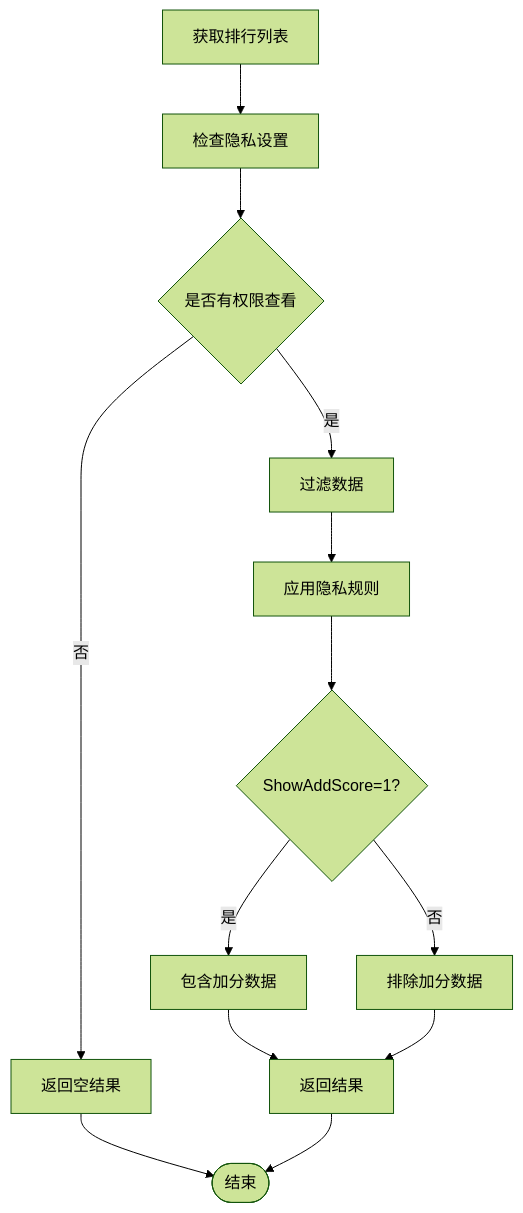
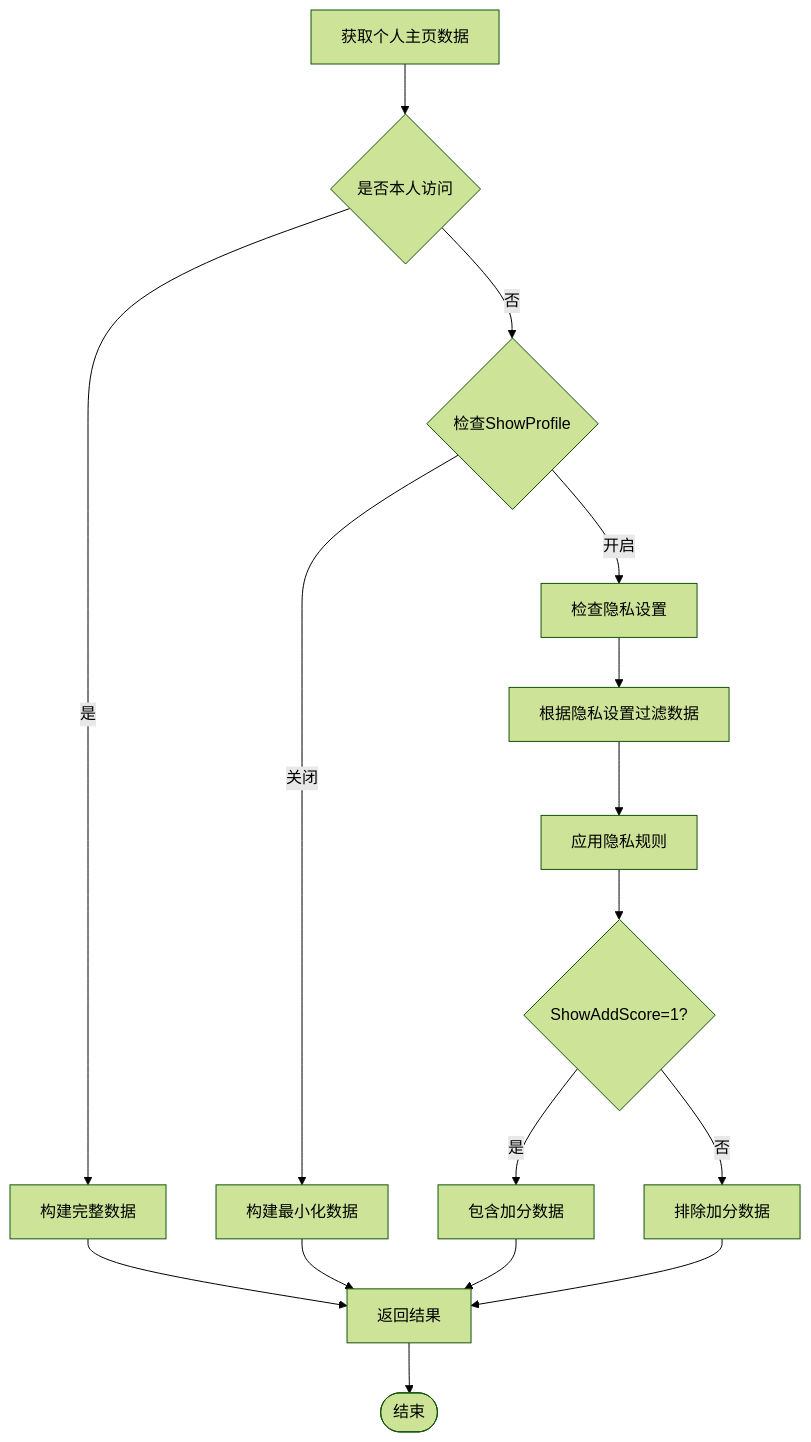
Before and after one commit to TinyMaD/SpeedRunnersLab: the eighth of 14 diagrams in .qoder/repowiki/zh/content/后端 API 服务/用户管理模块/隐私设置管理.md, drawn with Mermaid (forest theme). The commit also changed other lines of this file and 29 other files, not shown here.

````diff
--- a/.qoder/repowiki/zh/content/后端 API 服务/用户管理模块/隐私设置管理.md
+++ b/.qoder/repowiki/zh/content/后端 API 服务/用户管理模块/隐私设置管理.md
@@ -301,15 +364,18 @@
 ```mermaid
 flowchart TD
-GetRankList[获取排行列表] --> CheckPrivacy[检查隐私设置]
-CheckPrivacy --> HasPermission{是否有权限查看}
-HasPermission --> |是| FilterData[过滤数据]
-HasPermission --> |否| ReturnEmpty[返回空结果]
+GetProfileData[获取个人主页数据] --> CheckOwnership{是否本人访问}
+CheckOwnership --> |是| BuildFullProfile[构建完整数据]
+CheckOwnership --> |否| CheckShowProfile{检查ShowProfile}
+CheckShowProfile --> |关闭| BuildMinimalProfile[构建最小化数据]
+CheckShowProfile --> |开启| CheckPrivacySettings[检查隐私设置]
+CheckPrivacySettings --> FilterData[根据隐私设置过滤数据]
 FilterData --> ApplyPrivacyRules[应用隐私规则]
 ApplyPrivacyRules --> ShowAddScore{ShowAddScore=1?}
 ShowAddScore --> |是| IncludeAddScore[包含加分数据]
 ShowAddScore --> |否| ExcludeAddScore[排除加分数据]
 IncludeAddScore --> ReturnResult[返回结果]
 ExcludeAddScore --> ReturnResult
-ReturnEmpty --> End([结束])
-ReturnResult --> End
+BuildFullProfile --> ReturnResult
+BuildMinimalProfile --> ReturnResult
+ReturnResult --> End([结束])
 ```
````
